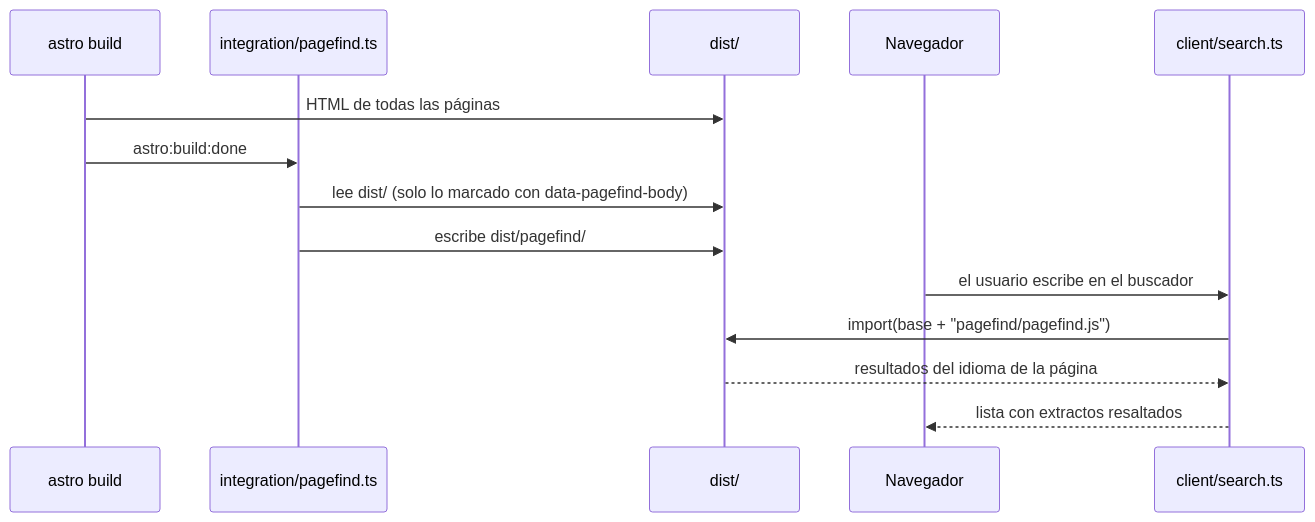
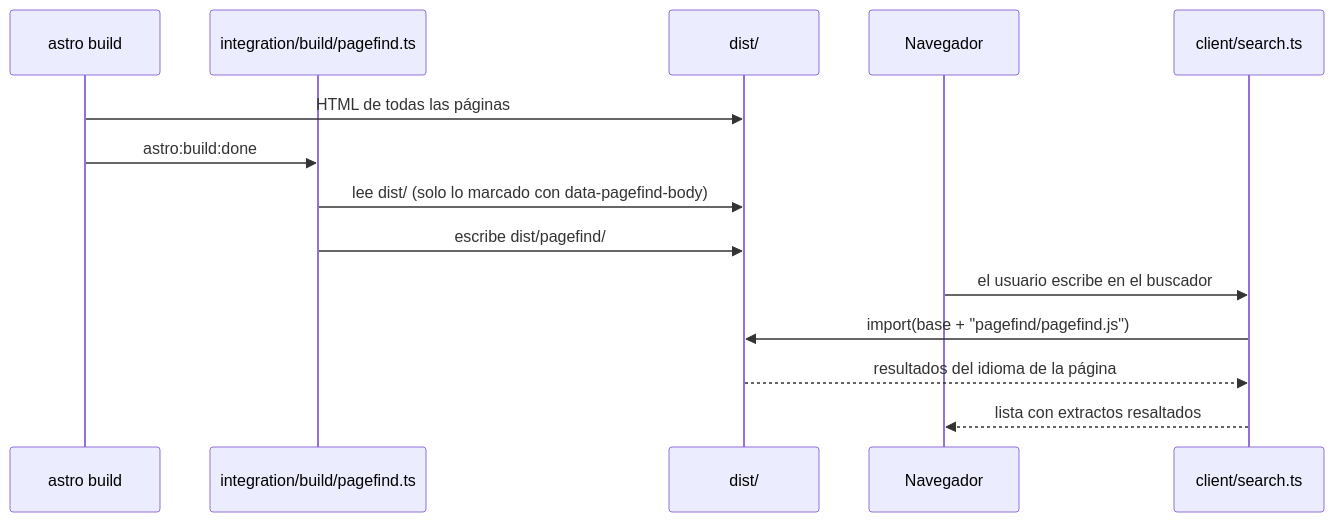
One commit to velezanthony/design changed the second of 2 diagrams in docs/src/content/docs/integracion/navegacion-y-busqueda.md. Above: the diagram before and after it, drawn with Mermaid. The commit also changed 14 other files, not shown here.

Commit message:
refactor(astro): split the integration entry and keep the loader out of its import graph

````diff
--- a/docs/src/content/docs/integracion/navegacion-y-busqueda.md
+++ b/docs/src/content/docs/integracion/navegacion-y-busqueda.md
@@ -81,16 +81,16 @@
 ```mermaid
 sequenceDiagram
   participant B as astro build
-  participant I as integration/pagefind.ts
+  participant I as integration/build/pagefind.ts
   participant D as dist/
   participant N as Navegador
   participant S as client/search.ts
   B->>D: HTML de todas las páginas
   B->>I: astro:build:done
   I->>D: lee dist/ (solo lo marcado con data-pagefind-body)
   I->>D: escribe dist/pagefind/
   N->>S: el usuario escribe en el buscador
   S->>D: import(base + "pagefind/pagefind.js")
   D-->>S: resultados del idioma de la página
   S-->>N: lista con extractos resaltados
 ```
````
